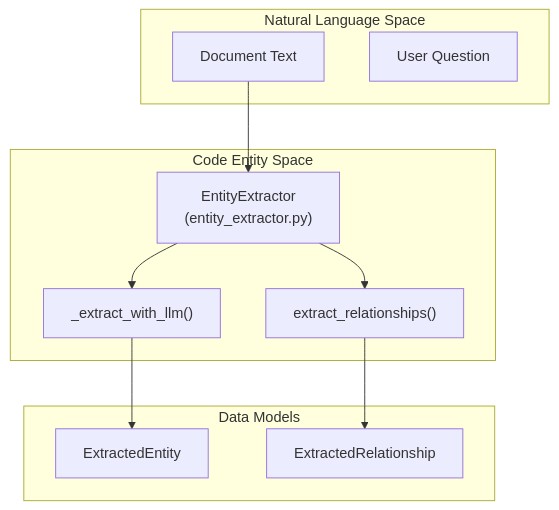
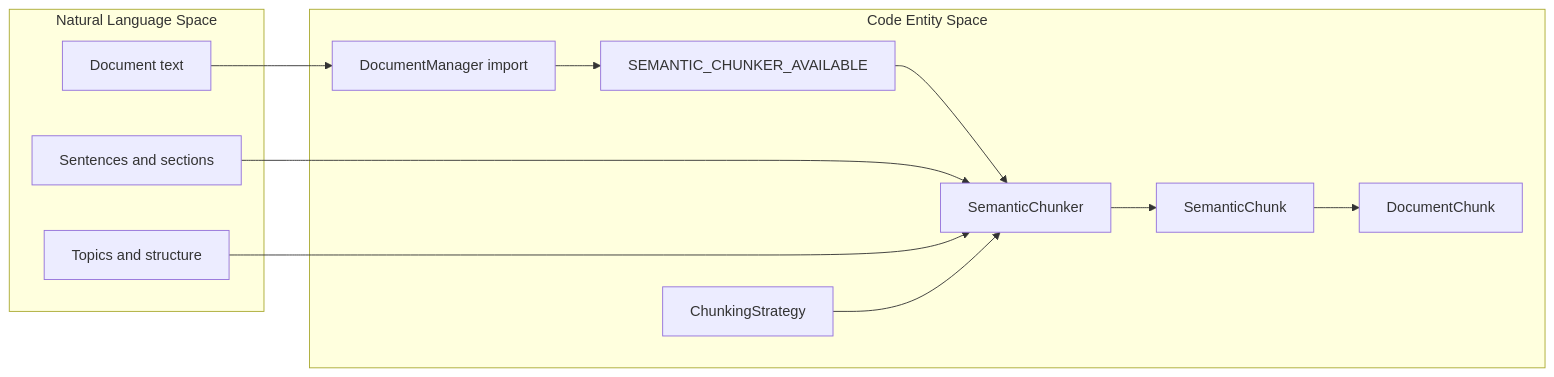
The second of 2 diagrams in docs/knowledge-base-rag/semantic-chunking-strategies.md (AutomatosAI/automatos-ai), drawn with Mermaid before and after one commit. The commit also changed other lines of this file and 188 other files, not shown here.

First line of the commit message:
docs: refresh architecture docs and add coverage for new subsystems (#1416)

````diff
--- a/docs/knowledge-base-rag/semantic-chunking-strategies.md
+++ b/docs/knowledge-base-rag/semantic-chunking-strategies.md
@@ -209,24 +127,26 @@
 ```mermaid
-graph TD
+flowchart LR
     subgraph "Natural Language Space"
-        Doc["Document Text"]
-        Query["User Question"]
+        TEXT["Document text"]
+        SENTENCES["Sentences and sections"]
+        TOPICS["Topics and structure"]
     end
 
     subgraph "Code Entity Space"
-        E_Ext["EntityExtractor<br/>(entity_extractor.py)"]
-        LLM_Ext["_extract_with_llm()"]
-        Rel_Ext["extract_relationships()"]
+        IMPORT["DocumentManager import"]
+        AVAILABLE["SEMANTIC_CHUNKER_AVAILABLE"]
+        ENUM["ChunkingStrategy"]
+        ENGINE["SemanticChunker"]
+        OUTPUT["SemanticChunk"]
+        STORED["DocumentChunk"]
     end
 
-    subgraph "Data Models"
-        Ent["ExtractedEntity"]
-        Rel["ExtractedRelationship"]
-    end
-
-    Doc --> E_Ext
-    E_Ext --> LLM_Ext
-    E_Ext --> Rel_Ext
-    LLM_Ext --> Ent
-    Rel_Ext --> Rel
+    TEXT --> IMPORT
+    IMPORT --> AVAILABLE
+    AVAILABLE --> ENGINE
+    SENTENCES --> ENGINE
+    TOPICS --> ENGINE
+    ENUM --> ENGINE
+    ENGINE --> OUTPUT
+    OUTPUT --> STORED
 ```
````
